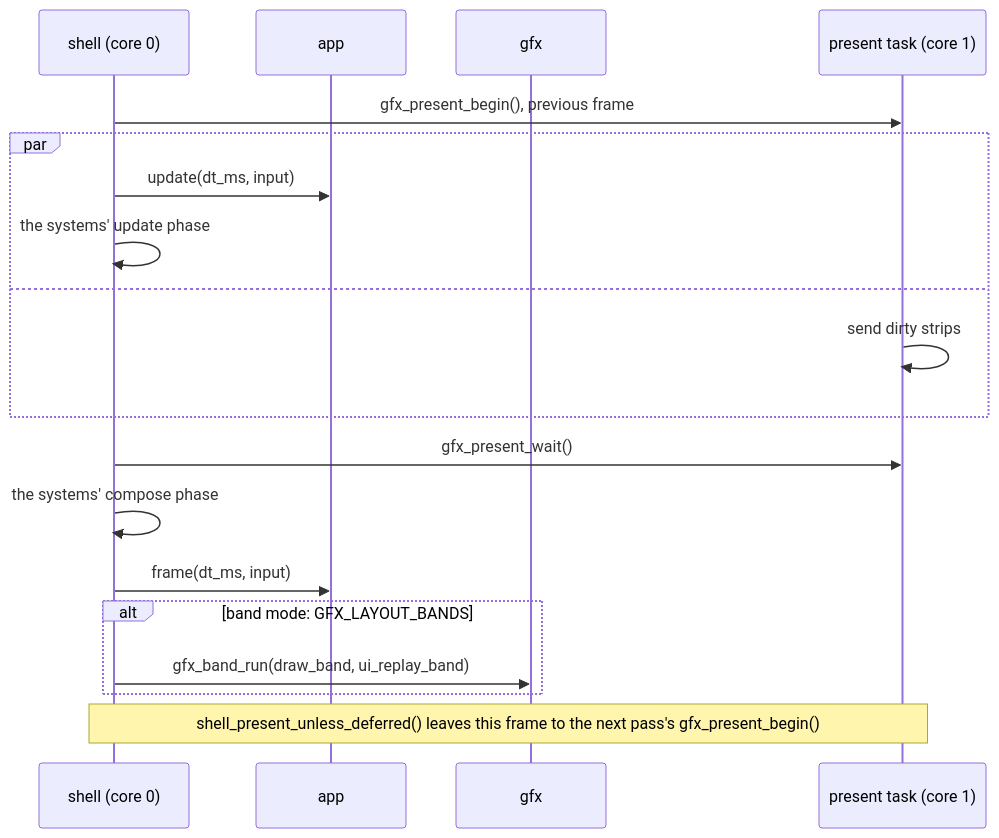
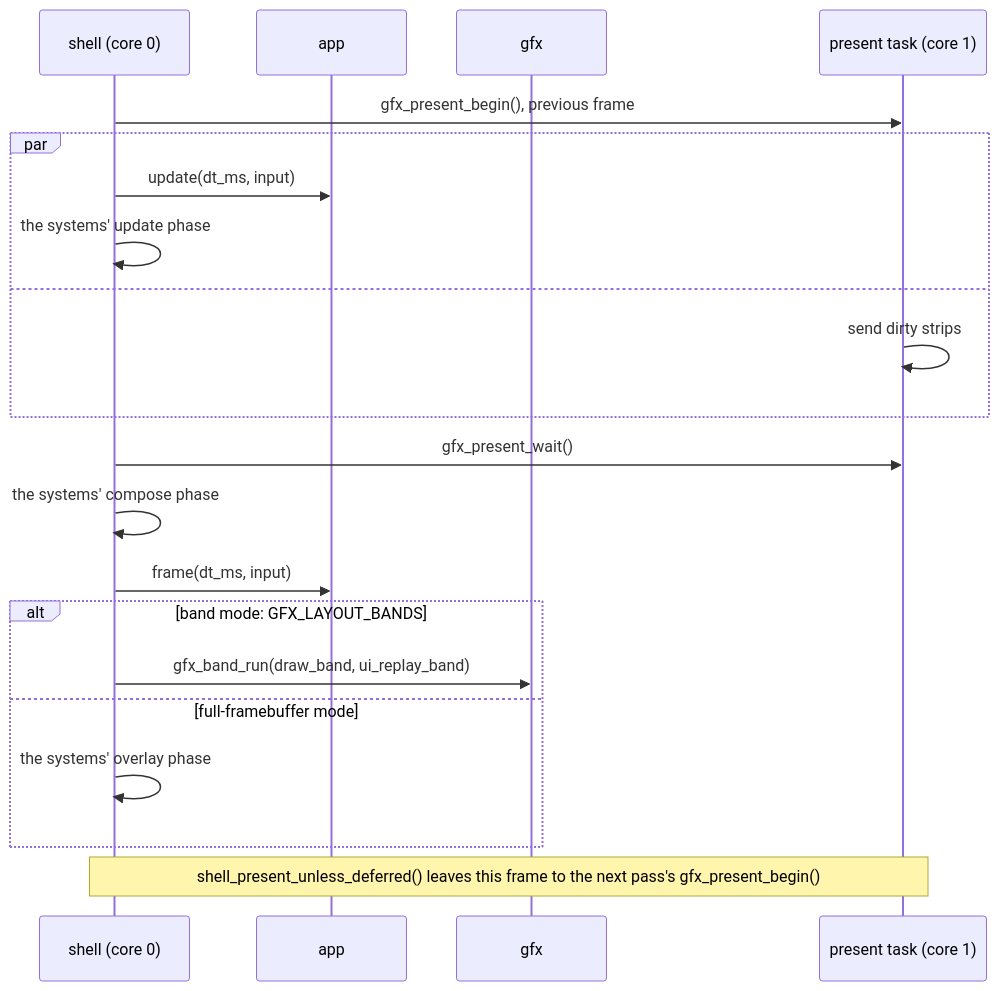
One commit to jose-villegas/autana changed the third of 3 diagrams in docs/Building-an-App.md. Above: the diagram before and after it, drawn with Mermaid. The commit also changed other lines of this file and 8 other files, not shown here.

````diff
--- a/docs/Building-an-App.md
+++ b/docs/Building-an-App.md
@@ -168,21 +168,23 @@
 ```mermaid
 sequenceDiagram
     participant S as shell (core 0)
     participant A as app
     participant G as gfx
     participant P as present task (core 1)
     S->>P: gfx_present_begin(), previous frame
     par
         S->>A: update(dt_ms, input)
         S->>S: the systems' update phase
     and
         P->>P: send dirty strips
     end
     S->>P: gfx_present_wait()
     S->>S: the systems' compose phase
     S->>A: frame(dt_ms, input)
     alt band mode: GFX_LAYOUT_BANDS
         S->>G: gfx_band_run(draw_band, ui_replay_band)
+    else full-framebuffer mode
+        S->>S: the systems' overlay phase
     end
     Note over S,P: shell_present_unless_deferred() leaves this frame to the next pass's gfx_present_begin()
 ```
````
